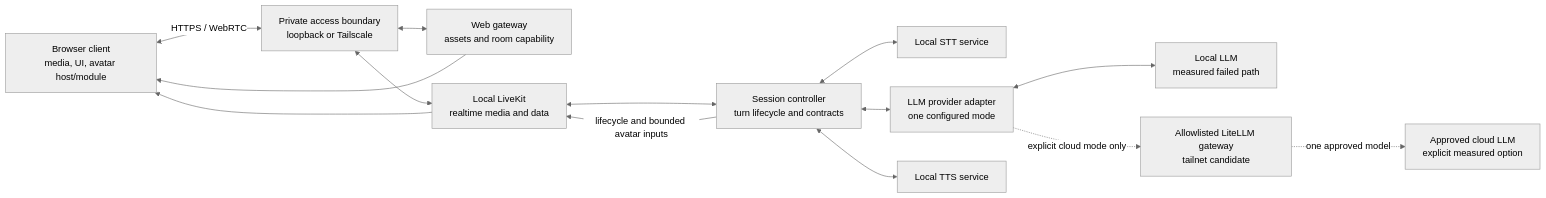
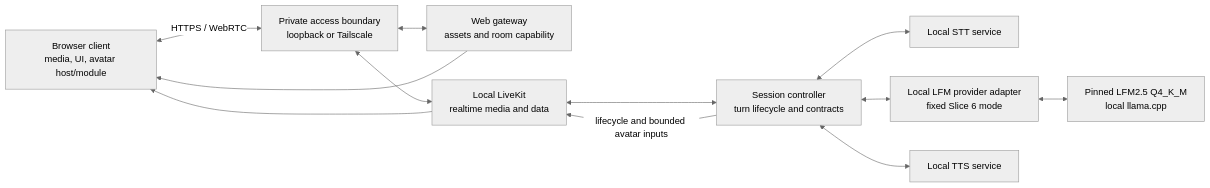
One commit to prineycom/voice-agent-v2 changed the diagram in docs/architecture.md. Above: the diagram before and after it, drawn with Mermaid (neutral theme). The commit also changed other lines of this file and 78 other files, not shown here.

````diff
--- a/docs/architecture.md
+++ b/docs/architecture.md
@@ -43,28 +46,24 @@
 ```mermaid
 flowchart LR
     B["Browser client<br/>media, UI, avatar host/module"]
     T["Private access boundary<br/>loopback or Tailscale"]
     G["Web gateway<br/>assets and room capability"]
     K["Local LiveKit<br/>realtime media and data"]
     C["Session controller<br/>turn lifecycle and contracts"]
     S["Local STT service"]
-    P["LLM provider adapter<br/>one configured mode"]
-    L["Local LLM<br/>measured failed path"]
-    Q["Allowlisted LiteLLM gateway<br/>tailnet candidate"]
-    X["Approved cloud LLM<br/>explicit measured option"]
+    P["Local LFM provider adapter<br/>fixed Slice 6 mode"]
+    L["Pinned LFM2.5 Q4_K_M<br/>local llama.cpp"]
     V["Local TTS service"]
 
     B <-->|HTTPS / WebRTC| T
     T <--> G
     T <--> K
     G --> B
     K <--> C
     C <--> S
     C <--> P
     P <--> L
-    P -.->|explicit cloud mode only| Q
-    Q -.->|one approved model| X
     C <--> V
     C -->|lifecycle and bounded avatar inputs| K
     K --> B
 ```
````
